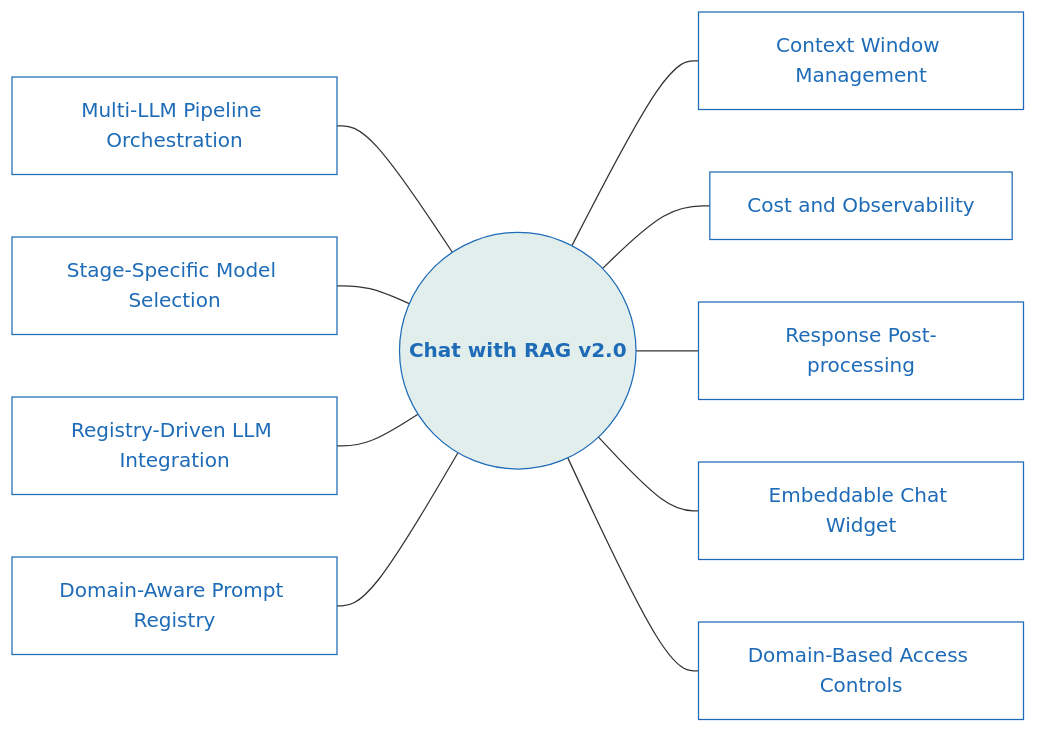
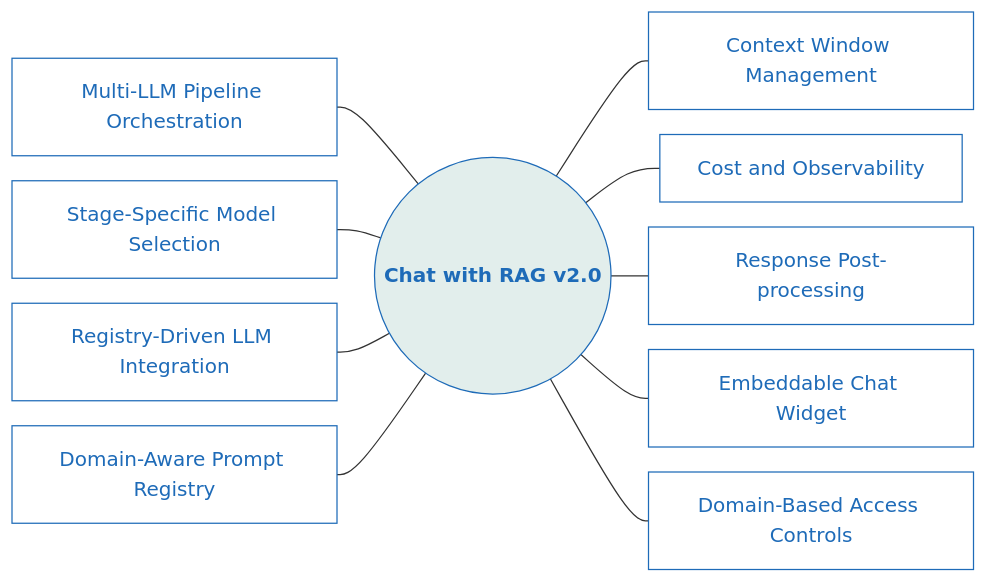
The first of 2 diagrams in README.md (vrraj/chat-with-rag), drawn with Mermaid before and after one commit. The commit also changed other lines of this file, not shown here.

````diff
--- a/README.md
+++ b/README.md
@@ -45,29 +45,30 @@
 ```mermaid
+%%{init: {'themeVariables': { 'nodePadding': '5', 'mainBkg': '#fff'}, 'flowchart': { 'curve': 'basis', 'rankSpacing': 30, 'nodeSpacing': 20}}}%%
 graph LR
     %% Lightened Theme Styling
     %% Core: Light Mint/White (#f0fff4) with Teal border (#159957)
     classDef core fill:#e2eeec,stroke:#1e6bb8,stroke-width:1px,color:#1e6bb8,font-weight:bold,fsize:18px;
     
     %% Features: Clean white with softer Blue borders (#1e6bb8)
     classDef feat fill:#ffffff,stroke:#1e6bb8,stroke-width:1px,color:#1e6bb8,fsize:14px;
 
     %% Left-side spokes
     F1[Multi-LLM Pipeline Orchestration] --- Core
     F2[Stage-Specific Model Selection] --- Core
     F3[Registry-Driven LLM Integration] --- Core
     F4[Domain-Aware Prompt Registry] --- Core
 
     %% The Hub (Now Light & Airy)
     Core((Chat with RAG v2.0))
 
     %% Right-side spokes
     Core --- F5[Context Window Management]
     Core --- F6[Cost and Observability]
     Core --- F7[Response Post-processing]
     Core --- F8[Embeddable Chat Widget]
     Core --- F9[Domain-Based Access Controls]
 
     %% Applying styles
     class Core core;
     class F1,F2,F3,F4,F5,F6,F7,F8,F9 feat;
 ```
````
